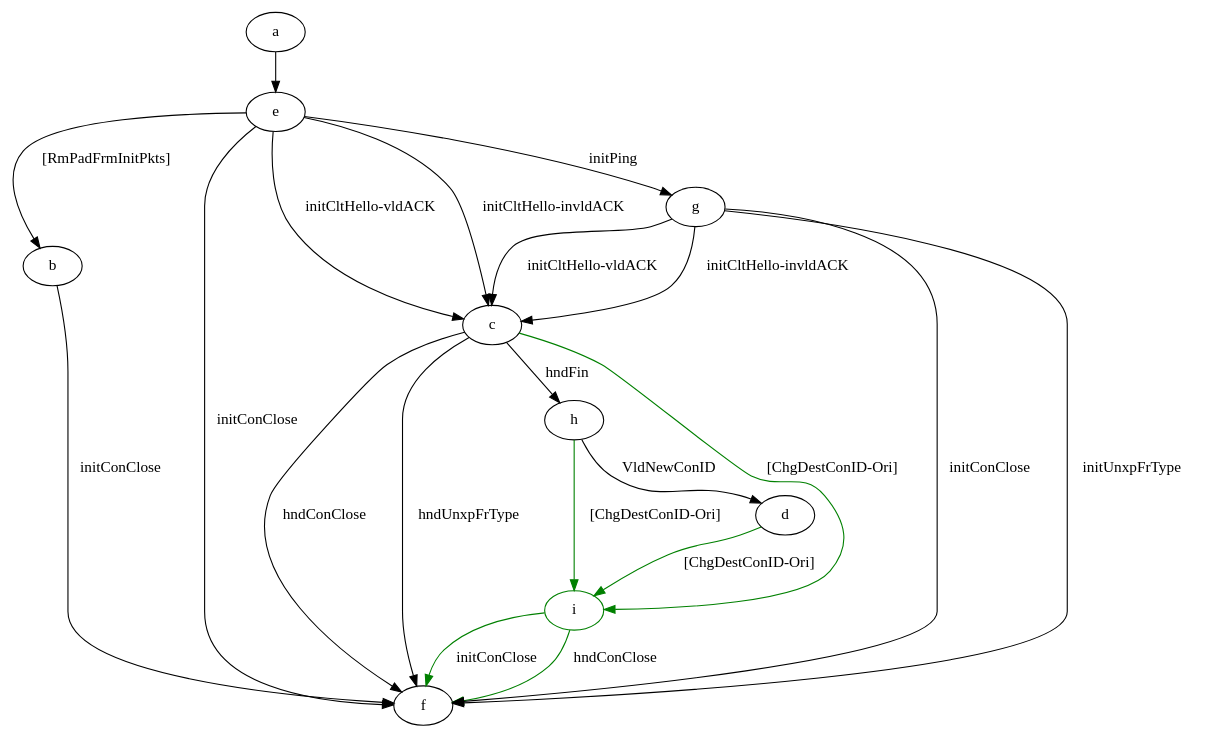
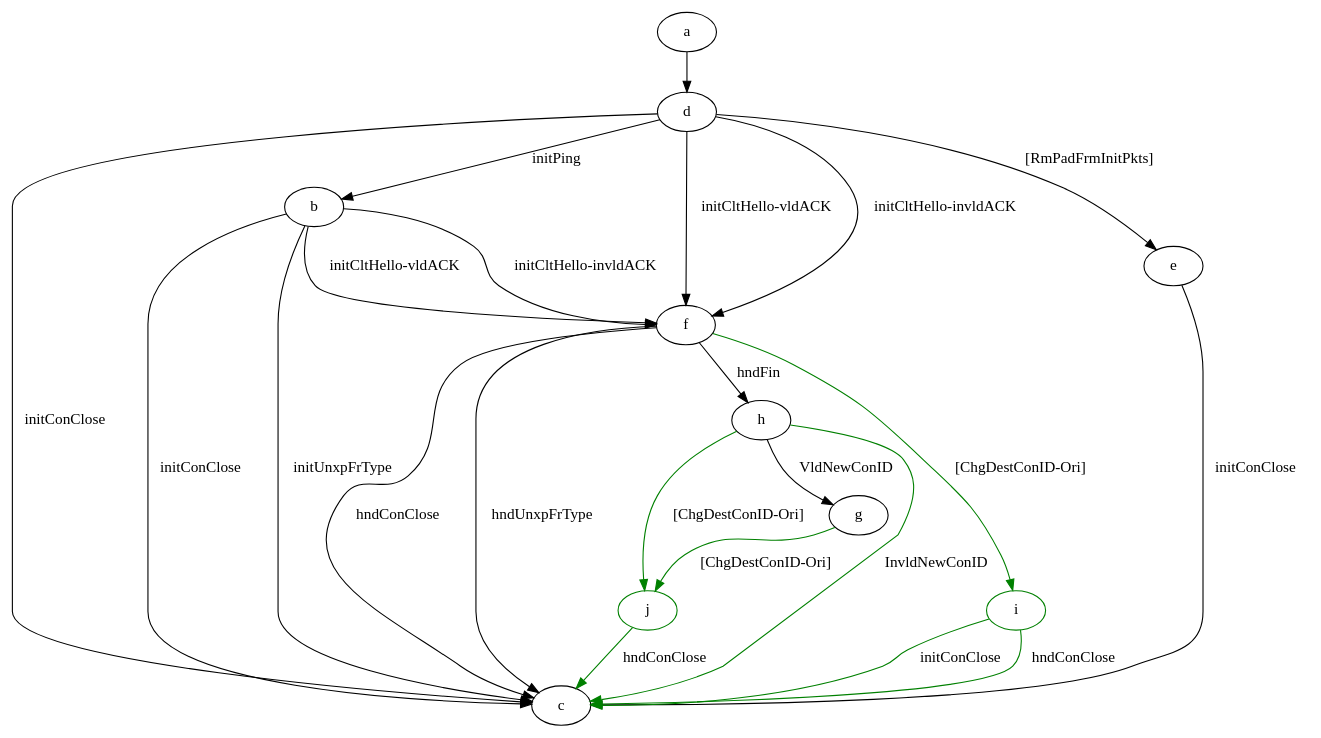
One commit to QUICTester/QUICTester changed the diagram in results/quinnModels/crossCheckResults/quinn-B-s-0_vs_lsquic-B-s-0.dot. Above: the diagram before and after it, drawn with Graphviz. The commit also changed 2030 other files, not shown here.

```diff
--- a/results/quinnModels/crossCheckResults/quinn-B-s-0_vs_lsquic-B-s-0.dot
+++ b/results/quinnModels/crossCheckResults/quinn-B-s-0_vs_lsquic-B-s-0.dot
@@ -1,47 +1,54 @@
 digraph "" {
-	a -> e	[key=0];
+	a -> d	[key=0];
+	b -> c	[key=0,
+		label="initConClose "];
+	b -> c	[key=1,
+		label="initUnxpFrType "];
 	b -> f	[key=0,
+		label="initCltHello-vldACK "];
+	b -> f	[key=1,
+		label="initCltHello-invldACK "];
+	d -> b	[key=0,
+		label="initPing "];
+	d -> c	[key=0,
 		label="initConClose "];
-	c -> f	[key=0,
+	d -> e	[key=0,
+		label="[RmPadFrmInitPkts] "];
+	d -> f	[key=0,
+		label="initCltHello-vldACK "];
+	d -> f	[key=1,
+		label="initCltHello-invldACK "];
+	e -> c	[key=0,
+		label="initConClose "];
+	f -> c	[key=0,
 		label="hndConClose "];
-	c -> f	[key=1,
+	f -> c	[key=1,
 		label="hndUnxpFrType "];
-	c -> h	[key=0,
+	f -> h	[key=0,
 		label="hndFin "];
 	i	[color=green];
-	c -> i	[key=0,
+	f -> i	[key=0,
 		color=green,
 		label="[ChgDestConID-Ori] "];
-	d -> i	[key=0,
+	j	[color=green];
+	g -> j	[key=0,
 		color=green,
 		label="[ChgDestConID-Ori] "];
-	e -> b	[key=0,
-		label="[RmPadFrmInitPkts] "];
-	e -> c	[key=0,
-		label="initCltHello-vldACK "];
-	e -> c	[key=1,
-		label="initCltHello-invldACK "];
-	e -> f	[key=0,
-		label="initConClose "];
-	e -> g	[key=0,
-		label="initPing "];
-	g -> c	[key=0,
-		label="initCltHello-vldACK "];
-	g -> c	[key=1,
-		label="initCltHello-invldACK "];
-	g -> f	[key=0,
-		label="initConClose "];
-	g -> f	[key=1,
-		label="initUnxpFrType "];
-	h -> d	[key=0,
+	h -> c	[key=0,
+		color=green,
+		label="InvldNewConID "];
+	h -> g	[key=0,
 		label="VldNewConID "];
-	h -> i	[key=0,
+	h -> j	[key=0,
 		color=green,
 		label="[ChgDestConID-Ori] "];
-	i -> f	[key=0,
+	i -> c	[key=0,
 		color=green,
 		label="initConClose "];
-	i -> f	[key=1,
+	i -> c	[key=1,
+		color=green,
+		label="hndConClose "];
+	j -> c	[key=0,
 		color=green,
 		label="hndConClose "];
 }
```
